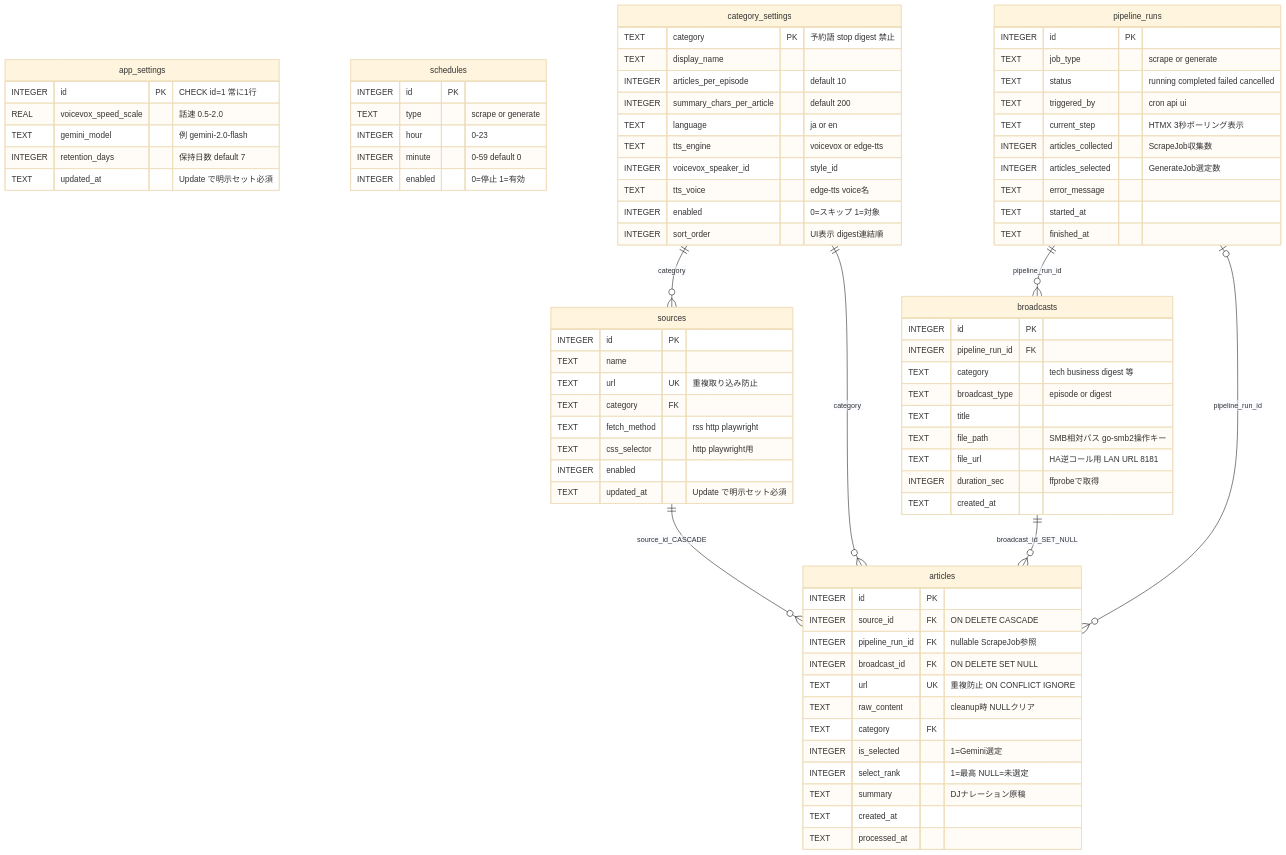
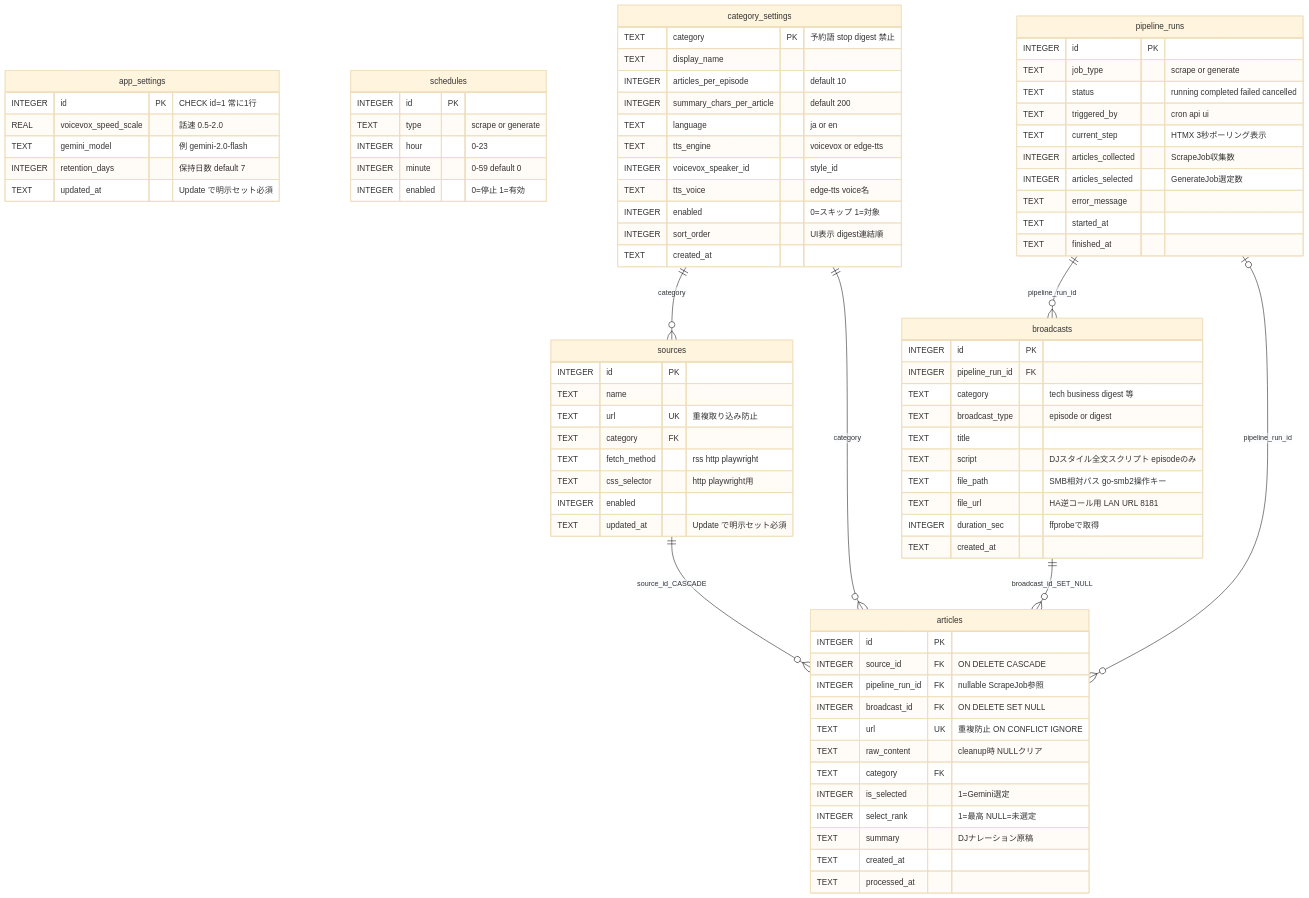
The third of 13 diagrams in PLAN.md (svhome01/ai-news), drawn with Mermaid (base theme) before and after one commit. The commit also changed other lines of this file, not shown here.

```diff
--- a/PLAN.md
+++ b/PLAN.md
@@ -418,6 +418,7 @@
         TEXT tts_voice "edge-tts voice名"
         INTEGER enabled "0=スキップ 1=対象"
         INTEGER sort_order "UI表示 digest連結順"
+        TEXT created_at
     }
 
     pipeline_runs {
@@ -450,6 +451,7 @@
         TEXT category "tech business digest 等"
         TEXT broadcast_type "episode or digest"
         TEXT title
+        TEXT script "DJスタイル全文スクリプト episodeのみ"
         TEXT file_path "SMB相対パス go-smb2操作キー"
         TEXT file_url "HA逆コール用 LAN URL 8181"
         INTEGER duration_sec "ffprobeで取得"
```
